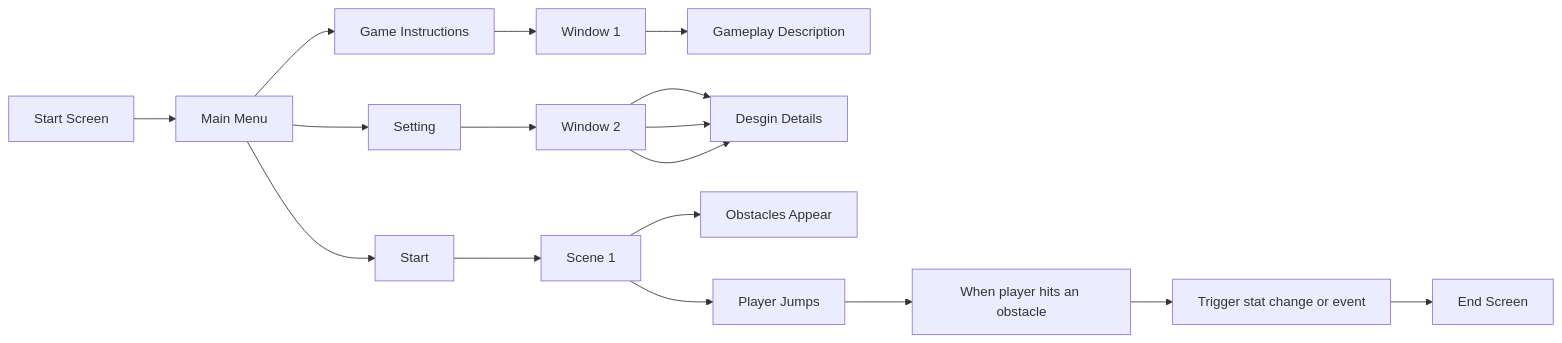
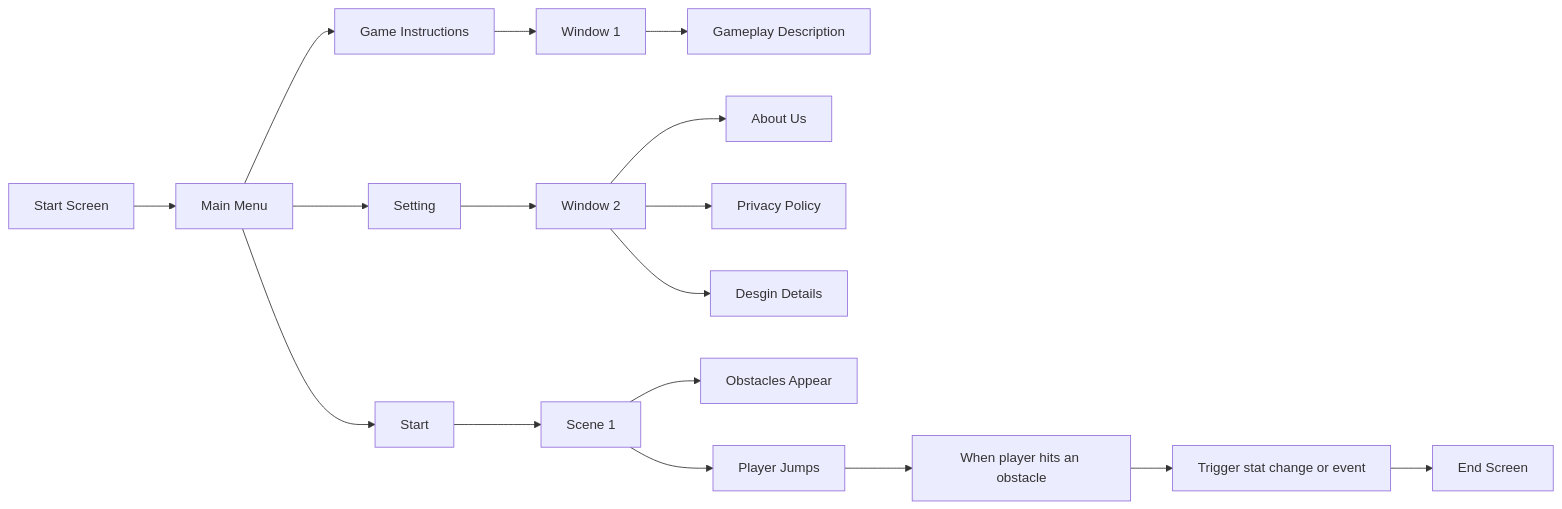
The diagram in README.md (PhoebeLu1011/1132CODEfinalproject), drawn with Mermaid before and after one commit.

````diff
--- a/README.md
+++ b/README.md
@@ -68,19 +68,19 @@
 ```mermaid
 flowchart LR
     A[Start Screen] --> B[Main Menu]
     B --> C[Game Instructions]
     C --> D[Window 1]
     D --> E[Gameplay Description]
     B --> F[Setting]
     F --> G[Window 2]
     G --> H[About Us]
-    G --> H[Privacy Policy]
-    G --> H[Desgin Details]
+    G --> P[Privacy Policy]
+    G --> Q[Desgin Details]
     B --> I[Start]
     I --> J[Scene 1]
     J --> K[Obstacles Appear]
     J --> L[Player Jumps]
     L --> M[When player hits an obstacle]
     M --> N[Trigger stat change or event]
     N --> O[End Screen]
 ```
````
